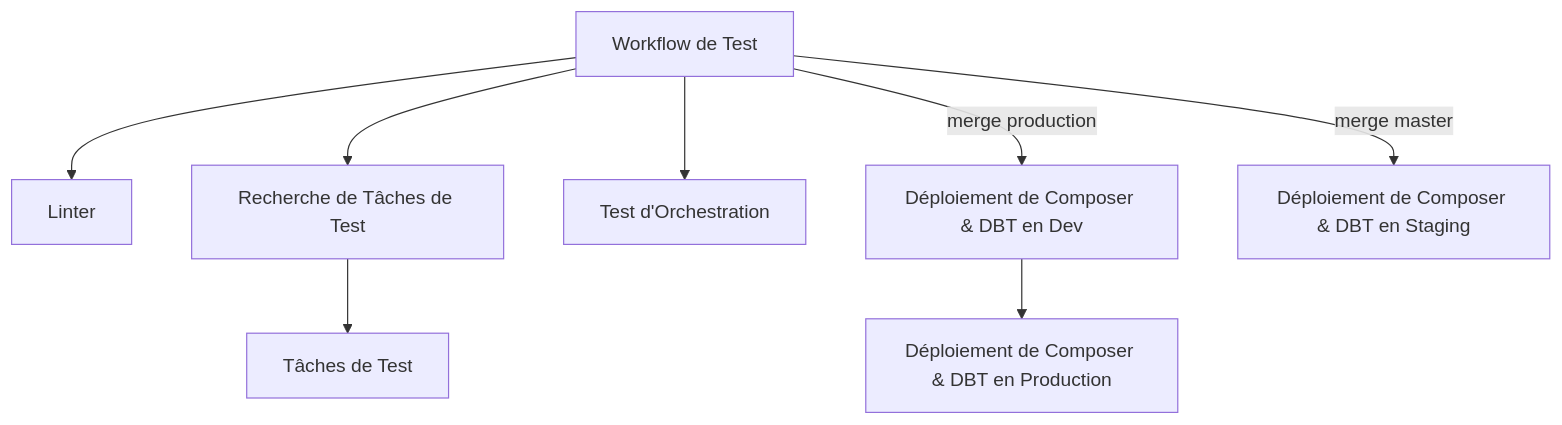
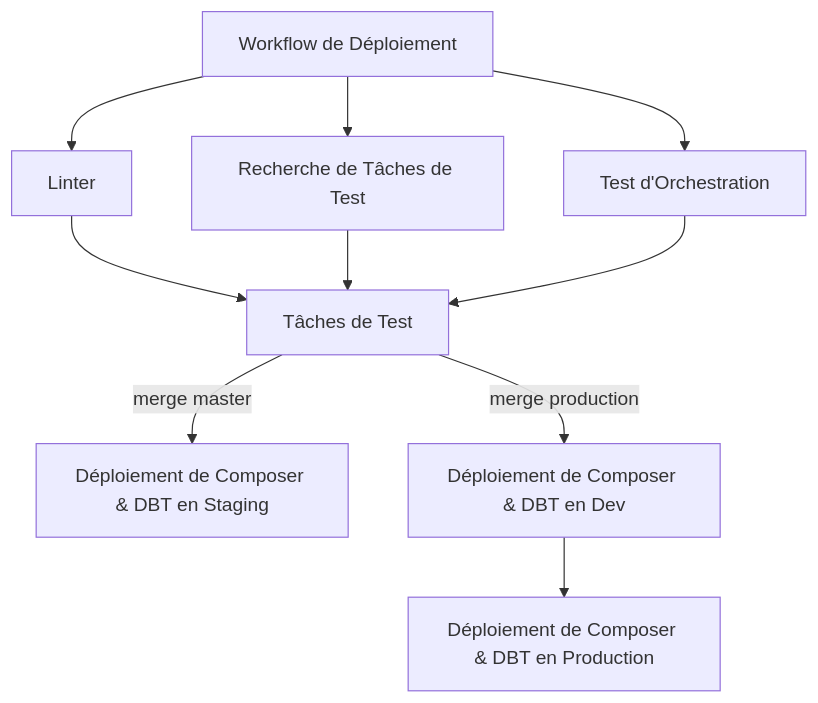
The second of 2 diagrams in README.md (pass-culture/data-gcp), drawn with Mermaid before and after one commit.

````diff
--- a/README.md
+++ b/README.md
@@ -210,11 +210,14 @@
 ```mermaid
 graph TD;
-    A[Workflow de Test] --> B[Linter]
+    A[Workflow de Déploiement] --> B[Linter]
     A --> C[Recherche de Tâches de Test]
-    C --> D[Tâches de Test]
-    A --> E[Test d'Orchestration]
-    A -->|merge production| F[Déploiement de Composer & DBT en Dev]
+    A --> D[Test d'Orchestration]
+    B --> E[Tâches de Test]
+    C --> E
+    D --> E
+    E -->|merge master| H[Déploiement de Composer & DBT en Staging]
+    E -->|merge production| F[Déploiement de Composer & DBT en Dev]
     F --> G[Déploiement de Composer & DBT en Production]
-    A -->|merge master| H[Déploiement de Composer & DBT en Staging]
+    
 
 ```
````
